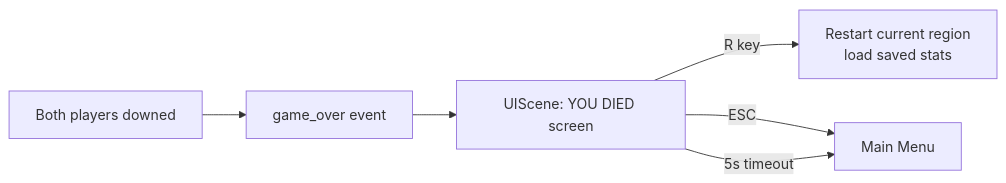
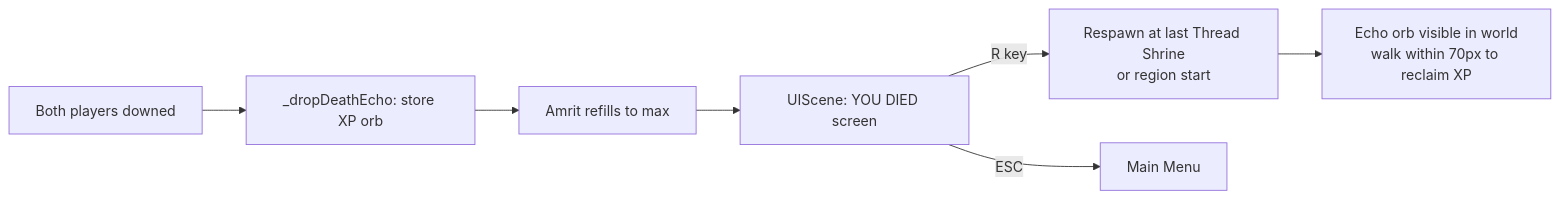
The eighth of 16 diagrams in docs/TECHNICAL_OVERVIEW.md (Shreyansh-Kushwaha/Dark-Star), drawn with Mermaid before and after one commit. The commit also changed other lines of this file and 2 other files, not shown here.

First line of the commit message:
docs: update all documentation to reflect current codebase state

````diff
--- a/docs/TECHNICAL_OVERVIEW.md
+++ b/docs/TECHNICAL_OVERVIEW.md
@@ -510,8 +732,9 @@
 ```mermaid
 flowchart LR
-    A[Both players downed] --> B[game_over event]
-    B --> C[UIScene: YOU DIED screen]
-    C -->|R key| D[Restart current region\nload saved stats]
-    C -->|ESC| E[Main Menu]
-    C -->|5s timeout| E
+    A[Both players downed] --> B[_dropDeathEcho: store XP orb]
+    B --> C[Amrit refills to max]
+    C --> D[UIScene: YOU DIED screen]
+    D -->|R key| E[Respawn at last Thread Shrine\nor region start]
+    D -->|ESC| F[Main Menu]
+    E --> G[Echo orb visible in world\nwalk within 70px to reclaim XP]
 ```
````
